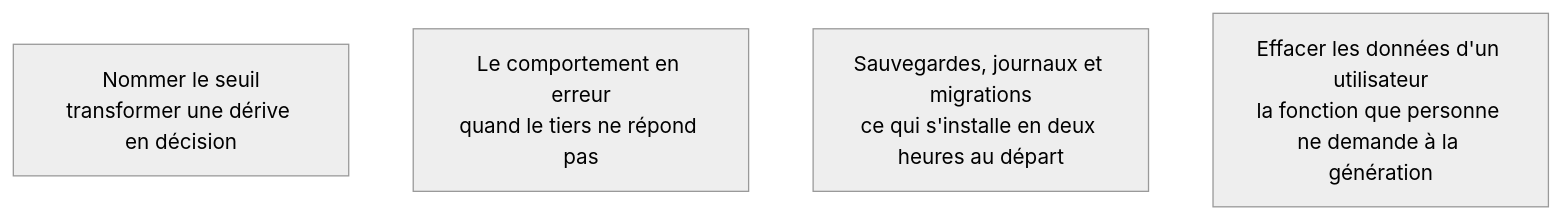
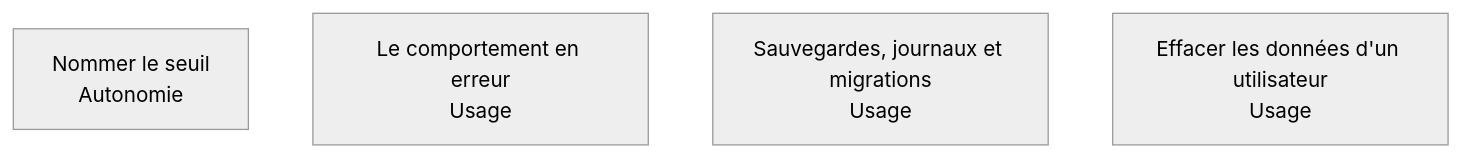
Before and after one commit to floSa/Atlas-Metiers-Roadmaps: the diagram in content/parcours/ai-product-builder/du-prototype-au-produit/index.md, drawn with Mermaid (neutral theme). The commit also changed other lines of this file and 7 other files, not shown here.

````diff
--- a/content/parcours/ai-product-builder/du-prototype-au-produit/index.md
+++ b/content/parcours/ai-product-builder/du-prototype-au-produit/index.md
@@ -11,12 +11,12 @@
 ```mermaid
 flowchart TD
-  S["Nommer le seuil<br/>transformer une dérive en décision"]
-  E["Le comportement en erreur<br/>quand le tiers ne répond pas"]
-  M["Sauvegardes, journaux et migrations<br/>ce qui s'installe en deux heures au départ"]
-  D["Effacer les données d'un utilisateur<br/>la fonction que personne ne demande à la génération"]
+  S["Nommer le seuil<br/>Autonomie"]
+  E["Le comportement en erreur<br/>Usage"]
+  M["Sauvegardes, journaux et migrations<br/>Usage"]
+  D["Effacer les données d'un utilisateur<br/>Usage"]
 
   click S "/parcours/ai-product-builder/du-prototype-au-produit/nommer-le-seuil"
   click E "/parcours/ai-product-builder/du-prototype-au-produit/le-comportement-en-erreur"
   click M "/parcours/ai-product-builder/du-prototype-au-produit/sauvegardes-journaux-et-migrations"
   click D "/parcours/ai-product-builder/du-prototype-au-produit/effacer-les-donnees-d-un-utilisateur"
 ```
````
